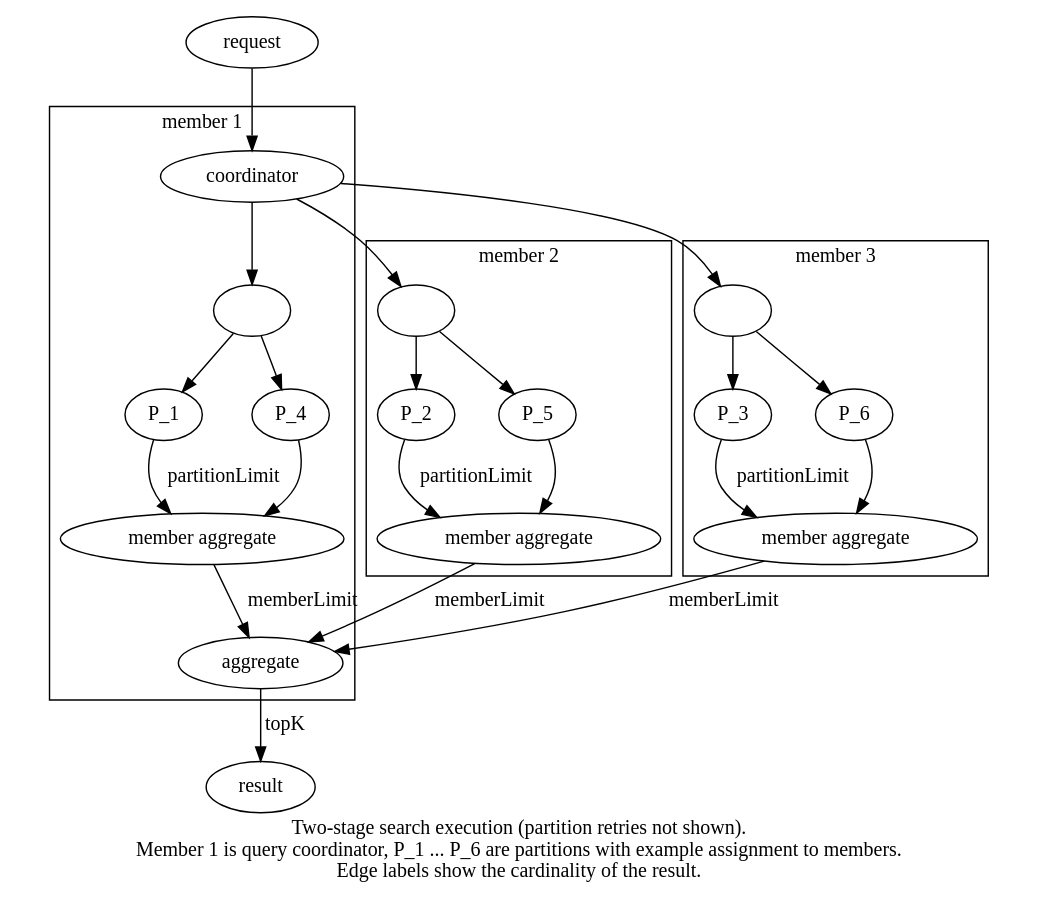
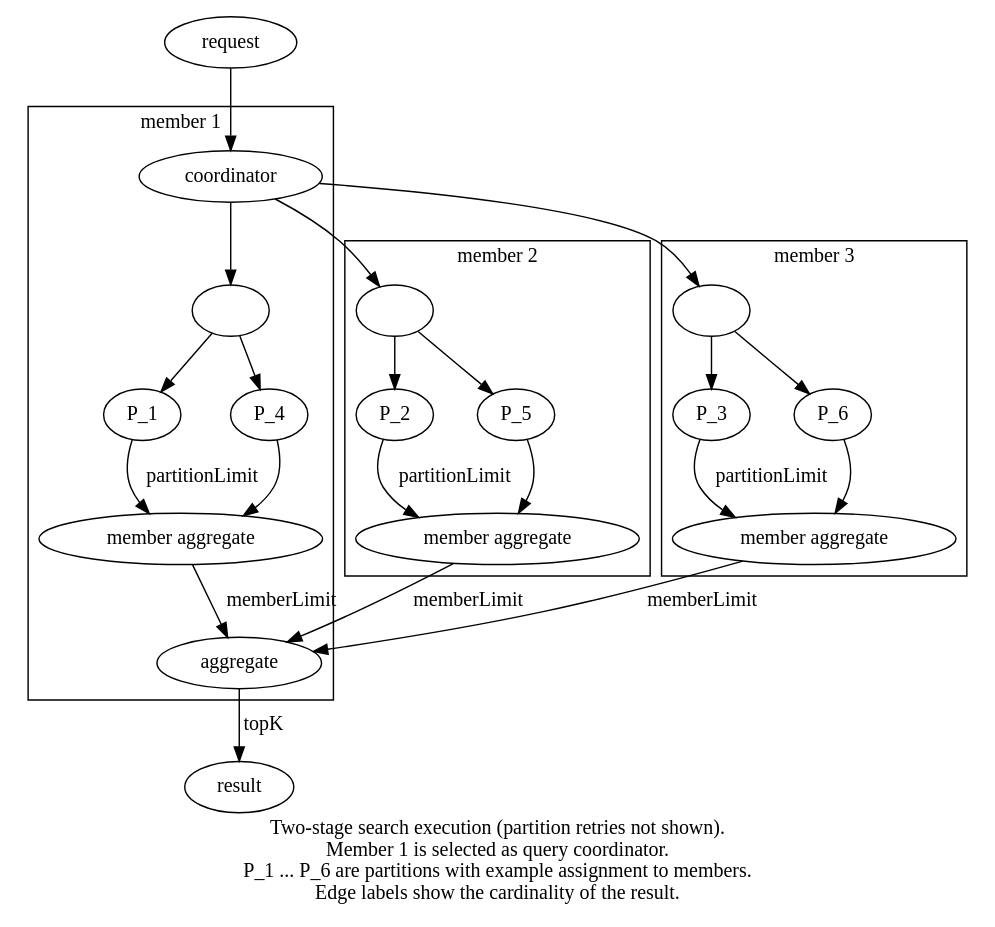
One commit to hazelcast/hz-docs changed the first of 2 diagrams in docs/modules/data-structures/pages/vector-search-overview.adoc. Above: the diagram before and after it, drawn with Graphviz. The commit also changed other lines of this file, not shown here.

Commit message:
Fix typo, improve diagram description

```diff
--- a/docs/modules/data-structures/pages/vector-search-overview.adoc
+++ b/docs/modules/data-structures/pages/vector-search-overview.adoc
@@ -95,55 +95,55 @@
 [graphviz]
 ....
 digraph twoStageSearch {
   subgraph cluster_M_1 {
     coordinator;
     M_1 [label=""];
     M_1_aggregate [label="member aggregate"];
 
     M_1 -> P_1;
     P_1 -> M_1_aggregate [label="partitionLimit"];
     M_1 -> P_4;
     P_4 -> M_1_aggregate; // [label="partitionLimit"];
 
     aggregate;
     label = "member 1";
   }
 
   subgraph cluster_M_2 {
     M_2 [label=""];
     M_2_aggregate [label="member aggregate"];
 
     M_2 -> P_2;
     P_2 -> M_2_aggregate [label="partitionLimit"];
     M_2 -> P_5;
     P_5 -> M_2_aggregate; // [label="partitionLimit"];
 
     label = "member 2";
   }
 
   subgraph cluster_M_3 {
     M_3 [label=""];
     M_3_aggregate [label="member aggregate"];
 
     M_3 -> P_3;
     P_3 -> M_3_aggregate [label="partitionLimit"];
     M_3 -> P_6;
     P_6 -> M_3_aggregate; // [label="partitionLimit"];
 
     label = "member 3";
   }
 
   request -> coordinator;
 
   coordinator -> M_1;
   M_1_aggregate -> aggregate [label="memberLimit"];
   coordinator -> M_2;
   M_2_aggregate -> aggregate [label="memberLimit"];
   coordinator -> M_3;
   M_3_aggregate -> aggregate [label="memberLimit"];
 
   aggregate -> result [label="topK"];
 
-  label="Two-stage search execution (partition retries not shown).\nMember 1 is query coordinator, P_1 ... P_6 are partitions with example assignment to members.\nEdge labels show the cardinality of the result.";
+  label="Two-stage search execution (partition retries not shown).\nMember 1 is selected as query coordinator.\nP_1 ... P_6 are partitions with example assignment to members.\nEdge labels show the cardinality of the result.";
 }
 ....
```
